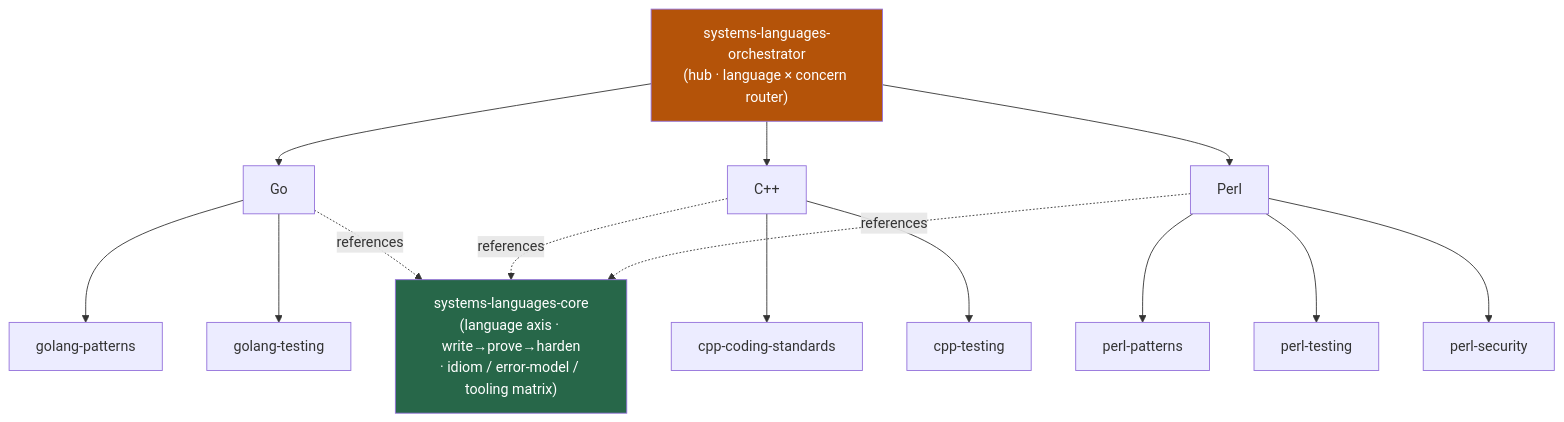
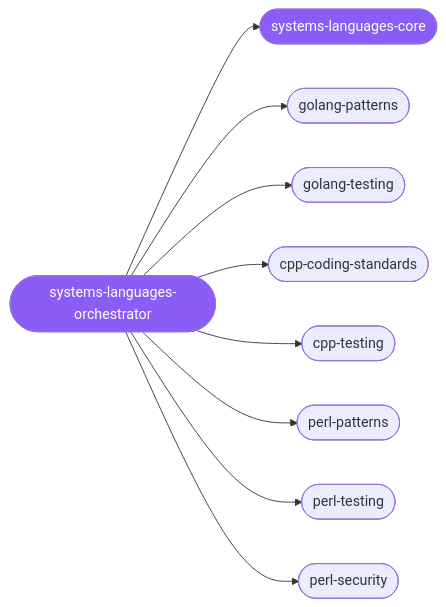
The diagram in clusters/systems-languages/README.md (Sheshiyer/skill-clusters), drawn with Mermaid before and after one commit. The commit also changed other lines of this file and 44 other files, not shown here.

````diff
--- a/clusters/systems-languages/README.md
+++ b/clusters/systems-languages/README.md
@@ -33,22 +18,12 @@
 ```mermaid
-graph TD
-    O["systems-languages-orchestrator<br/>(hub · language × concern router)"]
-    O --> GO["Go"]
-    O --> CPP["C++"]
-    O --> PL["Perl"]
-
-    GO --> g1["golang-patterns"]
-    GO --> g2["golang-testing"]
-    CPP --> c1["cpp-coding-standards"]
-    CPP --> c2["cpp-testing"]
-    PL --> p1["perl-patterns"]
-    PL --> p2["perl-testing"]
-    PL --> p3["perl-security"]
-
-    GO -. references .-> CORE["systems-languages-core<br/>(language axis · write→prove→harden<br/>· idiom / error-model / tooling matrix)"]
-    CPP -. references .-> CORE
-    PL -. references .-> CORE
-
-    style O fill:#b45309,color:#fff
-    style CORE fill:#276749,color:#fff
+graph LR
+  o([systems-languages-orchestrator]):::hub --> c([systems-languages-core]):::hub
+  o --> s1([golang-patterns])
+  o --> s2([golang-testing])
+  o --> s3([cpp-coding-standards])
+  o --> s4([cpp-testing])
+  o --> s5([perl-patterns])
+  o --> s6([perl-testing])
+  o --> s7([perl-security])
+  classDef hub fill:#8b5cf6,color:#fff;
 ```
````
